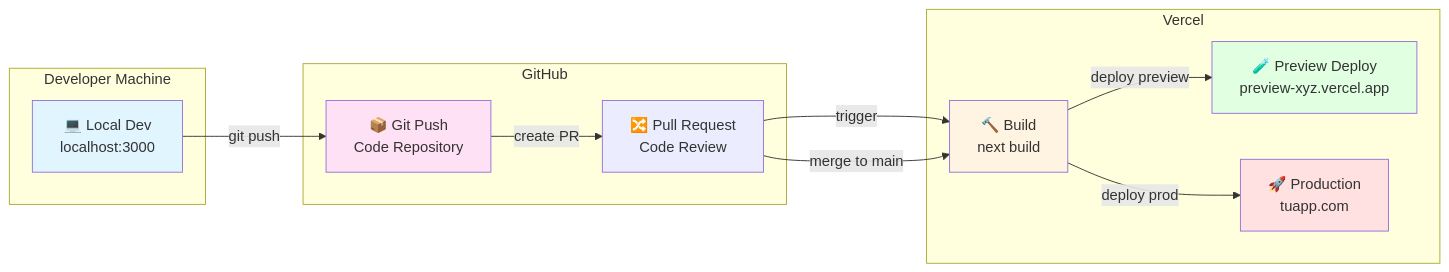
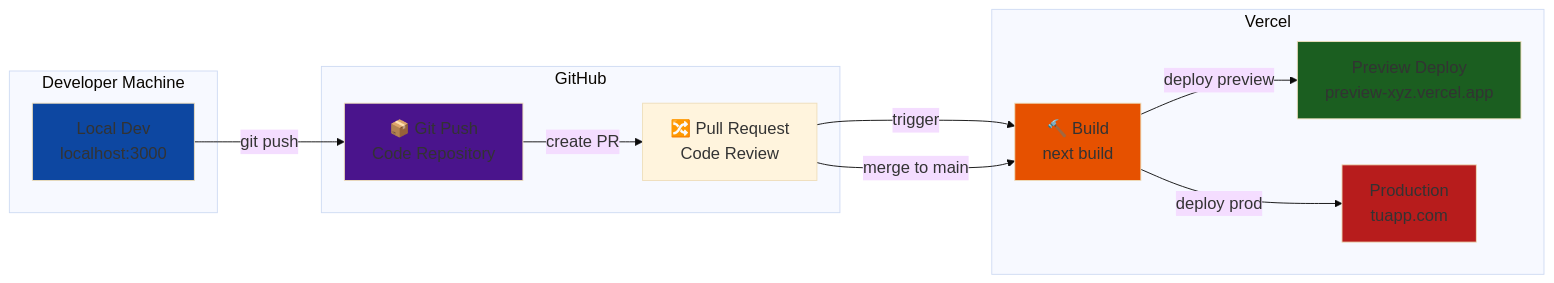
The second of 12 diagrams in courses/🟡-development/FPUNA-2026/01-DESARROLLO-SOFTWARE/especializaciones/web-development/05-despliegue-ia.md (Ai-Whisperers/Courses-Content), drawn with Mermaid before and after one commit. The commit also changed other lines of this file and 47 other files, not shown here.

First line of the commit message:
fix: Make all 473 diagrams WCAG AAA accessible (FPUNA-2026)

````diff
--- a/courses/🟡-development/FPUNA-2026/01-DESARROLLO-SOFTWARE/especializaciones/web-development/05-despliegue-ia.md
+++ b/courses/🟡-development/FPUNA-2026/01-DESARROLLO-SOFTWARE/especializaciones/web-development/05-despliegue-ia.md
@@ -74,30 +75,31 @@
 ```mermaid
+%%{init: {'theme':'base', 'themeVariables': {'fontSize':'18px'}}}%%
 graph LR
     subgraph "Developer Machine"
-        A[💻 Local Dev<br/>localhost:3000]
+        A[Local Dev<br/>localhost:3000]
     end
     
     subgraph "GitHub"
         B[📦 Git Push<br/>Code Repository]
         C[🔀 Pull Request<br/>Code Review]
     end
     
     subgraph "Vercel"
         D[🔨 Build<br/>next build]
-        E[🧪 Preview Deploy<br/>preview-xyz.vercel.app]
-        F[🚀 Production<br/>tuapp.com]
+        E[Preview Deploy<br/>preview-xyz.vercel.app]
+        F[Production<br/>tuapp.com]
     end
     
     A -->|git push| B
     B -->|create PR| C
     C -->|trigger| D
     D -->|deploy preview| E
     C -->|merge to main| D
     D -->|deploy prod| F
     
-    style A fill:#E1F5FF
-    style B fill:#FFE1F5
-    style D fill:#FFF4E1
-    style E fill:#E1FFE1
-    style F fill:#FFE1E1
+    style A fill:#0d47a1
+    style B fill:#4a148c
+    style D fill:#e65100
+    style E fill:#1b5e20
+    style F fill:#b71c1c
 ```
````
